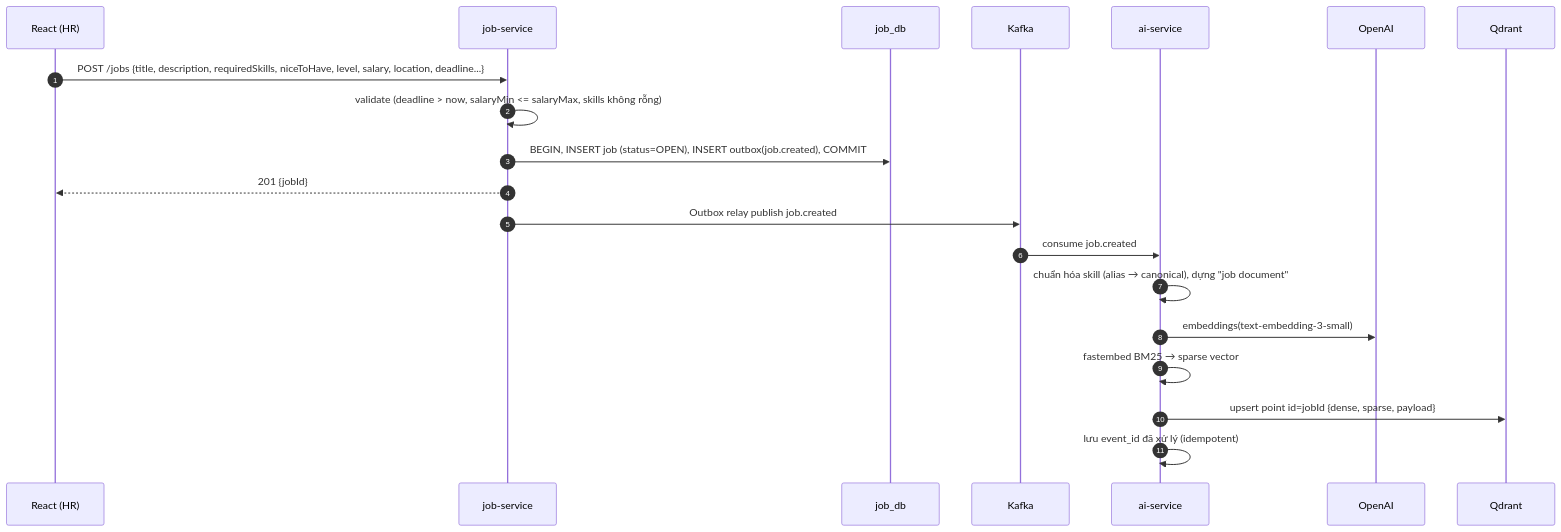
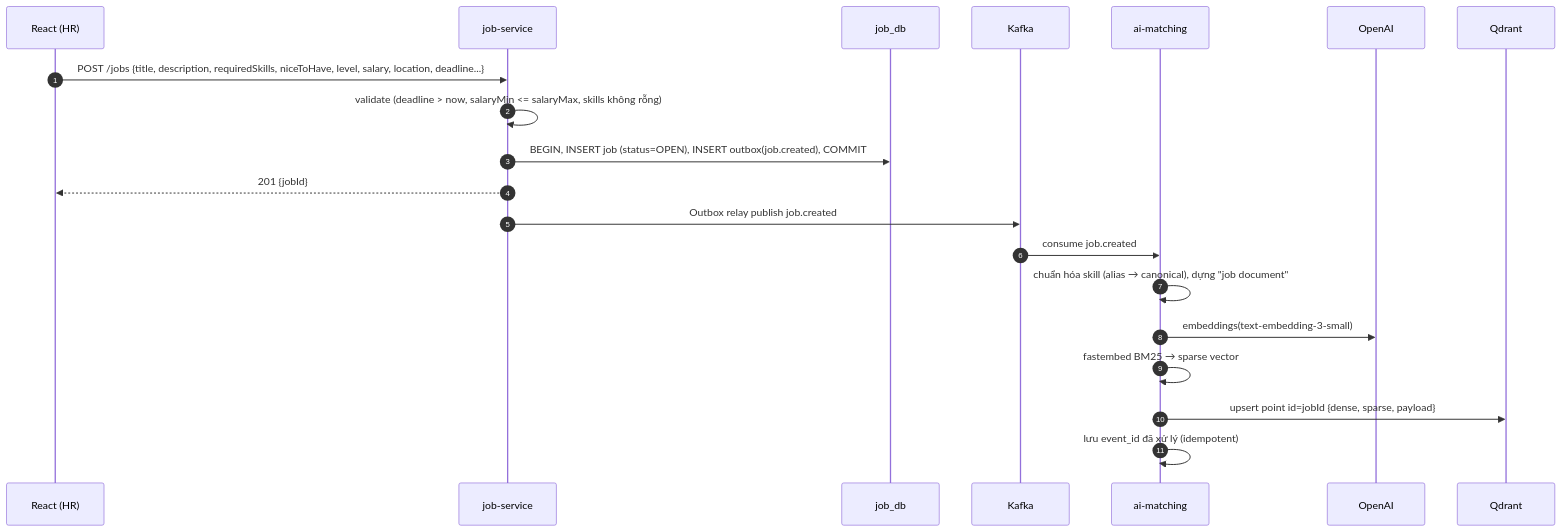
One commit to nblfrommars/SmartHR_TalentMatch changed the third of 9 diagrams in ARCHITECTURE.md. Above: the diagram before and after it, drawn with Mermaid. The commit also changed other lines of this file and 25 other files, not shown here.

````diff
--- a/ARCHITECTURE.md
+++ b/ARCHITECTURE.md
@@ -240,23 +240,23 @@
 ```mermaid
 sequenceDiagram
     autonumber
     participant HR as React (HR)
     participant JS as job-service
     participant JDB as job_db
     participant K as Kafka
-    participant AI as ai-service
+    participant AI as ai-matching
     participant OAI as OpenAI
     participant QD as Qdrant
 
     HR->>JS: POST /jobs {title, description, requiredSkills, niceToHave, level, salary, location, deadline...}
     JS->>JS: validate (deadline > now, salaryMin <= salaryMax, skills không rỗng)
     JS->>JDB: BEGIN, INSERT job (status=OPEN), INSERT outbox(job.created), COMMIT
     JS-->>HR: 201 {jobId}
     JS->>K: Outbox relay publish job.created
     K->>AI: consume job.created
     AI->>AI: chuẩn hóa skill (alias → canonical), dựng "job document"
     AI->>OAI: embeddings(text-embedding-3-small)
     AI->>AI: fastembed BM25 → sparse vector
     AI->>QD: upsert point id=jobId {dense, sparse, payload}
     AI->>AI: lưu event_id đã xử lý (idempotent)
 ```
````
